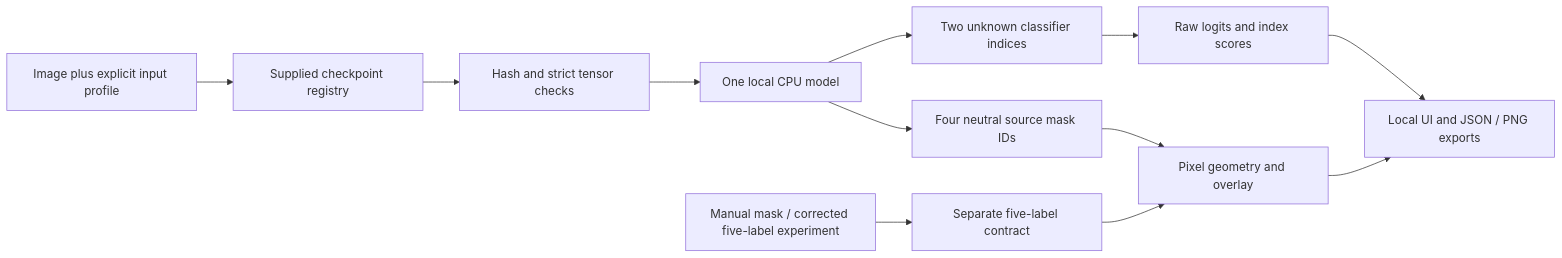
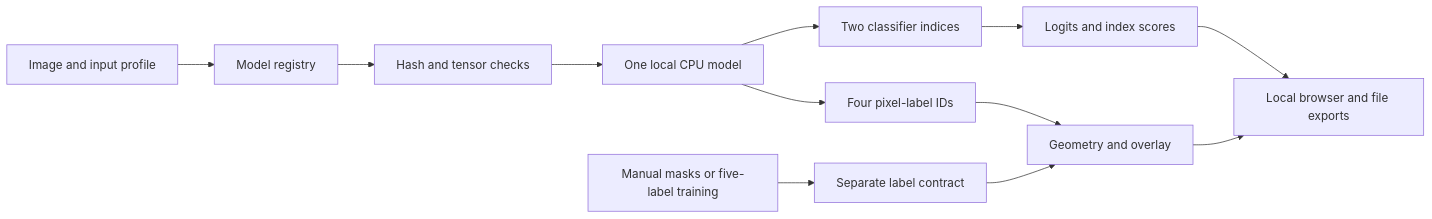
The diagram in docs/ARCHITECTURE.md (Alfarouk/Alfarouk-CKD), drawn with Mermaid before and after one commit. The commit also changed other lines of this file and 17 other files, not shown here.

````diff
--- a/docs/ARCHITECTURE.md
+++ b/docs/ARCHITECTURE.md
@@ -3,14 +3,14 @@
 ```mermaid
 flowchart LR
-  A[Image plus explicit input profile] --> B[Supplied checkpoint registry]
-  B --> C[Hash and strict tensor checks]
+  A[Image and input profile] --> B[Model registry]
+  B --> C[Hash and tensor checks]
   C --> D[One local CPU model]
-  D --> E[Four neutral source mask IDs]
-  D --> F[Two unknown classifier indices]
-  E --> G[Pixel geometry and overlay]
-  F --> H[Raw logits and index scores]
-  I[Manual mask / corrected five-label experiment] --> J[Separate five-label contract]
+  D --> E[Four pixel-label IDs]
+  D --> F[Two classifier indices]
+  E --> G[Geometry and overlay]
+  F --> H[Logits and index scores]
+  I[Manual masks or five-label training] --> J[Separate label contract]
   J --> G
-  G --> K[Local UI and JSON / PNG exports]
+  G --> K[Local browser and file exports]
   H --> K
 ```
````
